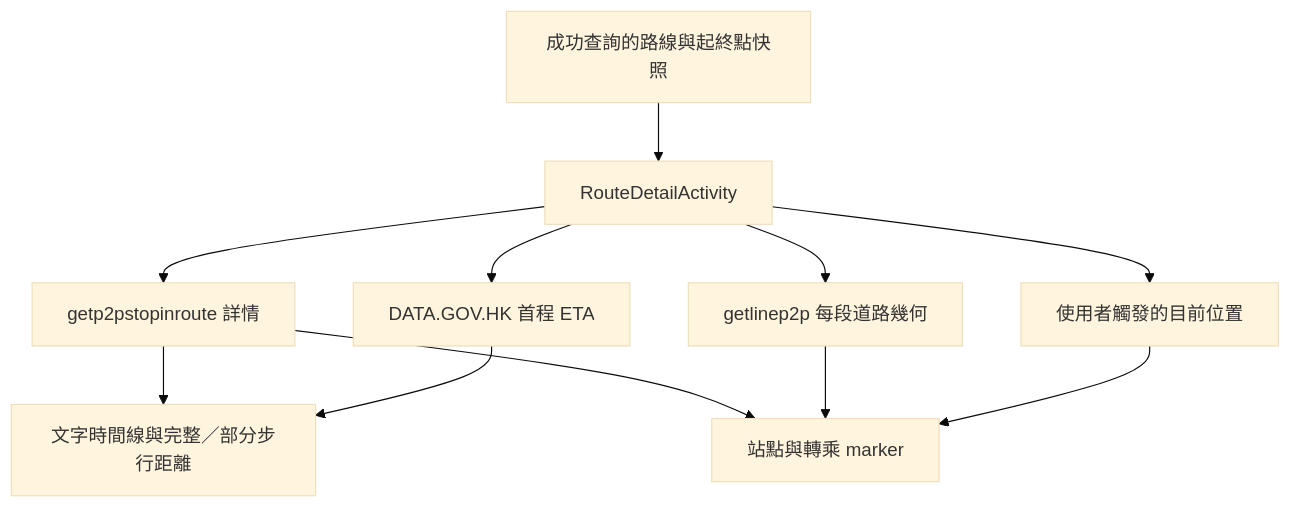
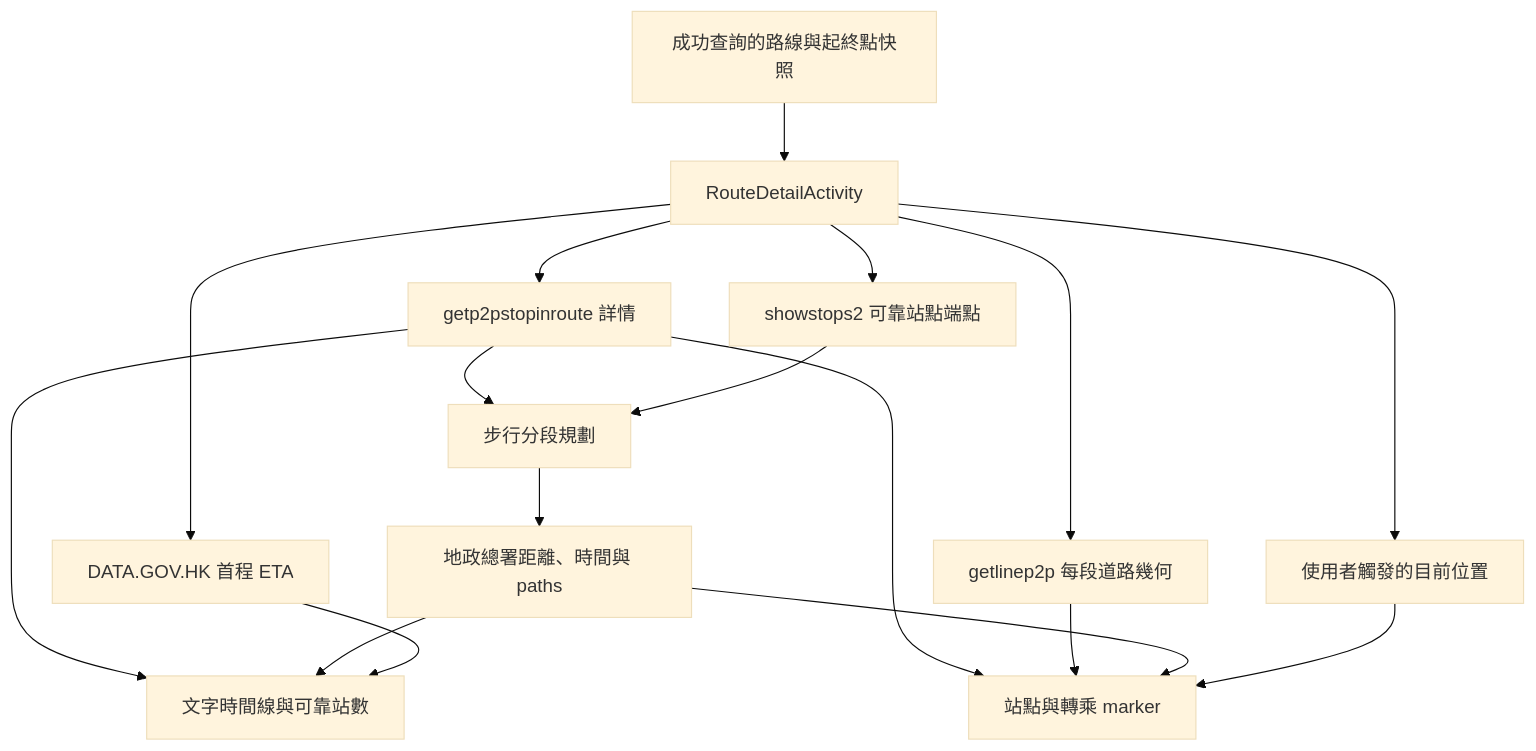
One commit to TianLanhe/BusIsComing changed the second of 2 diagrams in docs/architecture.md. Above: the diagram before and after it, drawn with Mermaid (base theme). The commit also changed other lines of this file and 61 other files, not shown here.

````diff
--- a/docs/architecture.md
+++ b/docs/architecture.md
@@ -58,13 +63,19 @@
 ```mermaid
 flowchart TD
     Snapshot["成功查詢的路線與起終點快照"] --> Page["RouteDetailActivity"]
     Page --> Detail["getp2pstopinroute 詳情"]
+    Page --> StopMap["showstops2 可靠站點端點"]
     Page --> Geometry["getlinep2p 每段道路幾何"]
     Page --> Eta["DATA.GOV.HK 首程 ETA"]
     Page --> Location["使用者觸發的目前位置"]
-    Detail --> Timeline["文字時間線與完整／部分步行距離"]
+    Detail --> Planner["步行分段規劃"]
+    StopMap --> Planner
+    Planner --> CSDI["地政總署距離、時間與 paths"]
+    Detail --> Timeline["文字時間線與可靠站數"]
+    CSDI --> Timeline
     Detail --> Map["站點與轉乘 marker"]
     Geometry --> Map
+    CSDI --> Map
     Eta --> Timeline
     Location --> Map
 ```
````
